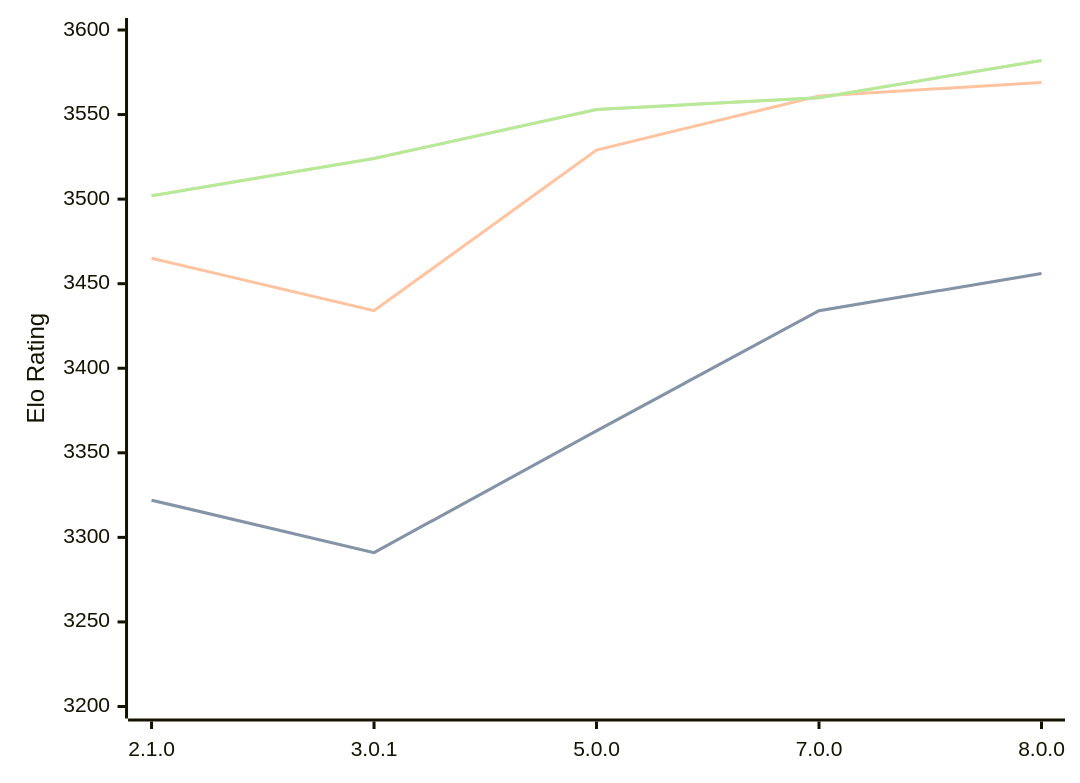
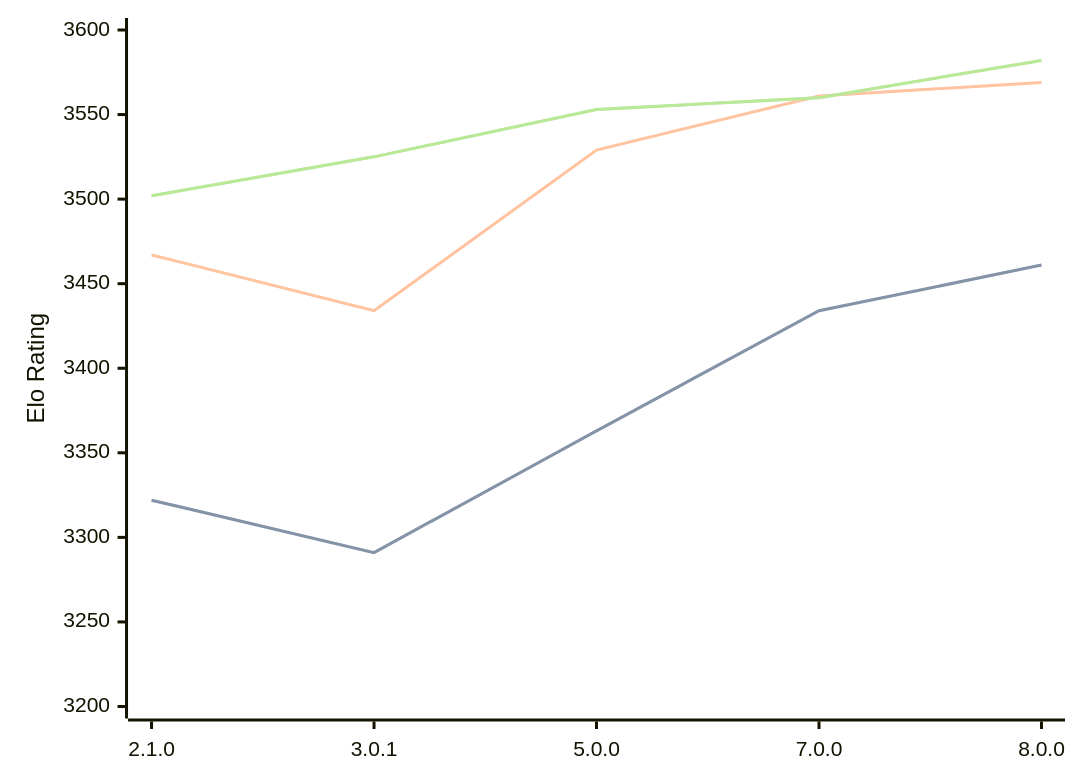
The diagram in engines/PlentyChess.md (computer-chess-index/cci), drawn with Mermaid before and after one commit. The commit also changed other lines of this file, not shown here.

Commit message:
Update CCI Ratings (ELO VLTC) - 2026-08-23

````diff
--- a/engines/PlentyChess.md
+++ b/engines/PlentyChess.md
@@ -37,11 +37,11 @@
 ```mermaid
 %%{init: {"theme":"base","themeVariables":{"seriesColors:['#a3a3a3','#222221','#faa371']}}}%%
 xychart-beta
   x-axis ["2.1.0", "3.0.1", "5.0.0", "7.0.0", "8.0.0"]
   y-axis "Elo Rating" 3200 --> 3600
-  line "STC (8.0+0.08s)" [3322, 3291, 3363, 3434, 3456]
-  line "STC (8.0+0.08s)" [3322, 3291, 3363, 3434, 3456]
-  line "LTC (60.0+0.60s)" [3465, 3434, 3529, 3561, 3569]
-  line "VLTC (2m24s+1.12s)" [3502, 3524, 3553, 3560, 3582]
-  line "VLTC (2m24s+1.12s)" [3502, 3524, 3553, 3560, 3582]
+  line "STC (8.0+0.08s)" [3322, 3291, 3363, 3434, 3461]
+  line "STC (8.0+0.08s)" [3322, 3291, 3363, 3434, 3461]
+  line "LTC (60.0+0.60s)" [3467, 3434, 3529, 3561, 3569]
+  line "VLTC (2m24s+1.12s)" [3502, 3525, 3553, 3560, 3582]
+  line "VLTC (2m24s+1.12s)" [3502, 3525, 3553, 3560, 3582]
 ```
````
